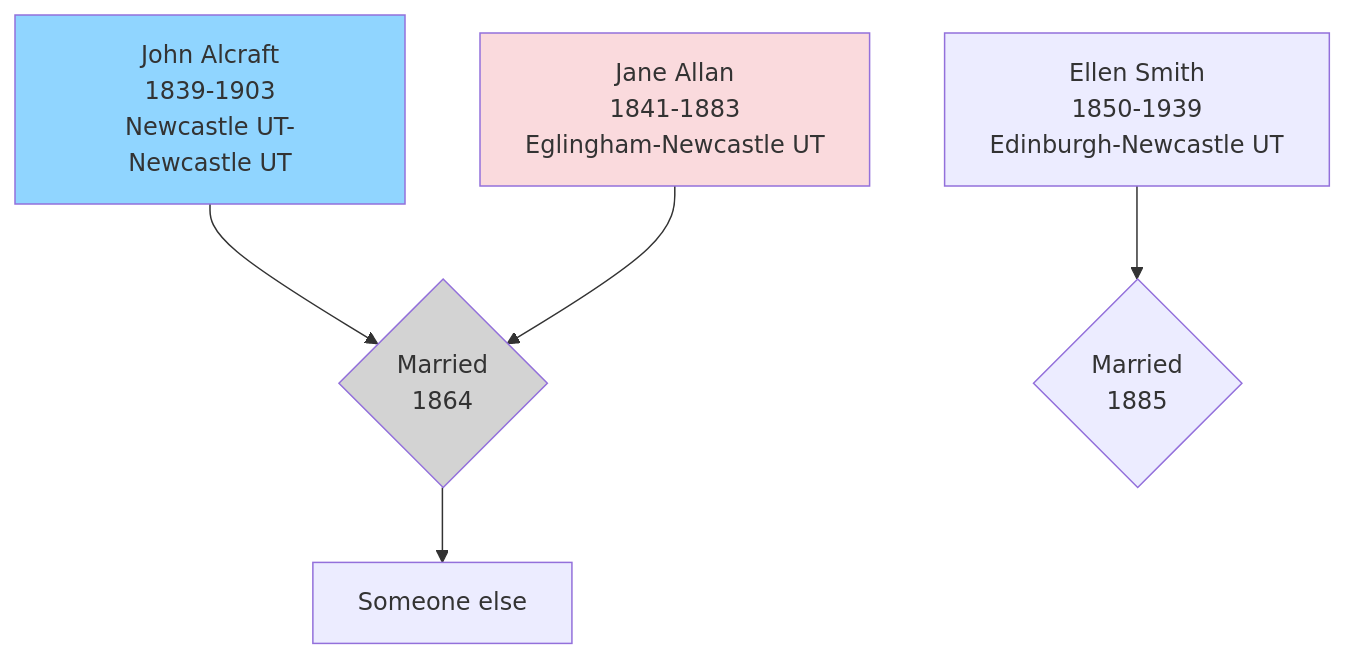
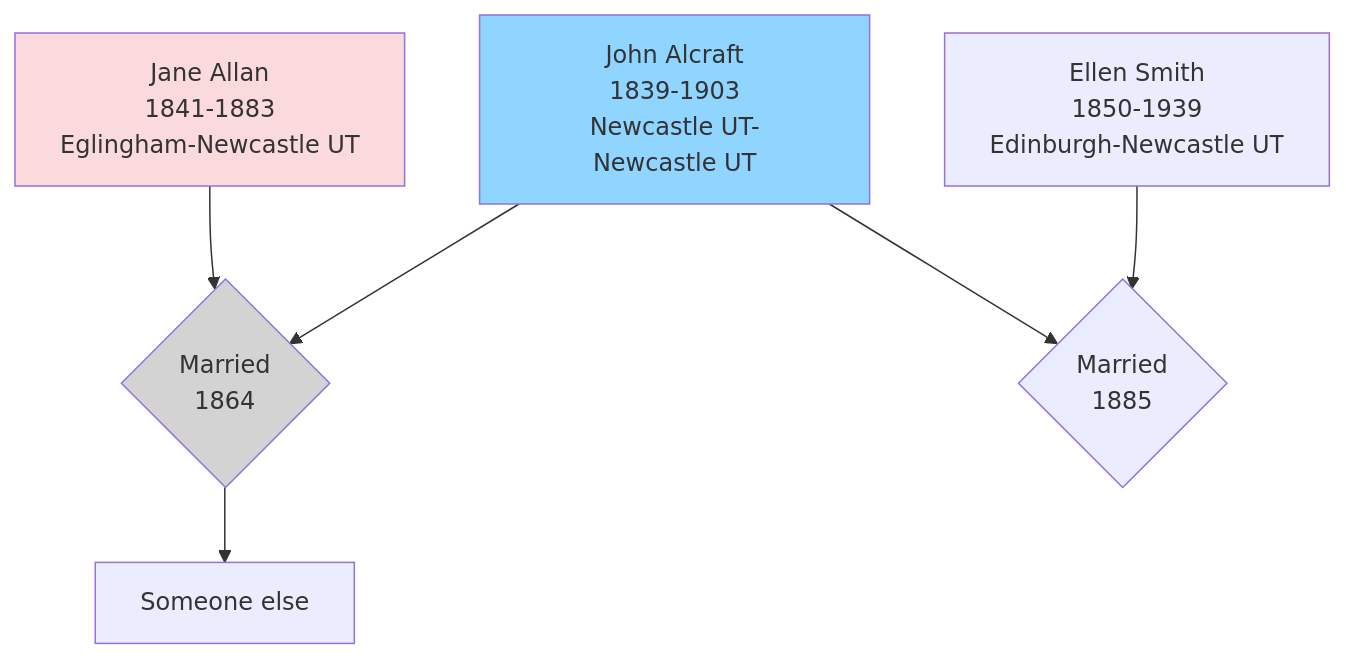
Before and after one commit to RachelAlcraft/family-tree: the diagram in docs/index.md, drawn with Mermaid.

````diff
--- a/docs/index.md
+++ b/docs/index.md
@@ -6,15 +6,16 @@
 ``` mermaid
 flowchart TD  
 JA1[John Alcraft\n1839-1903\nNewcastle UT-Newcastle UT] --> JAJA{Married\n1864};
 JA2[Jane Allan\n1841-1883\nEglingham-Newcastle UT] --> JAJA;
-ES[Ellen Smith\n1850-1939\nEdinburgh-Newcastle UT] --> JAES{Married\n1885};  
+ES[Ellen Smith\n1850-1939\nEdinburgh-Newcastle UT] --> JAES{Married\n1885};
+JA1 --> JAES
 JAJA -->D[Someone else];  
 
 style JAJA fill:#D3D3D3
 style JA1 fill:#90d5ff
 click JA1 "jones" "JA2"
 style JA2 fill:#FADADD
 click JA2 "jones" "JA1"
 
 
 ```
````
